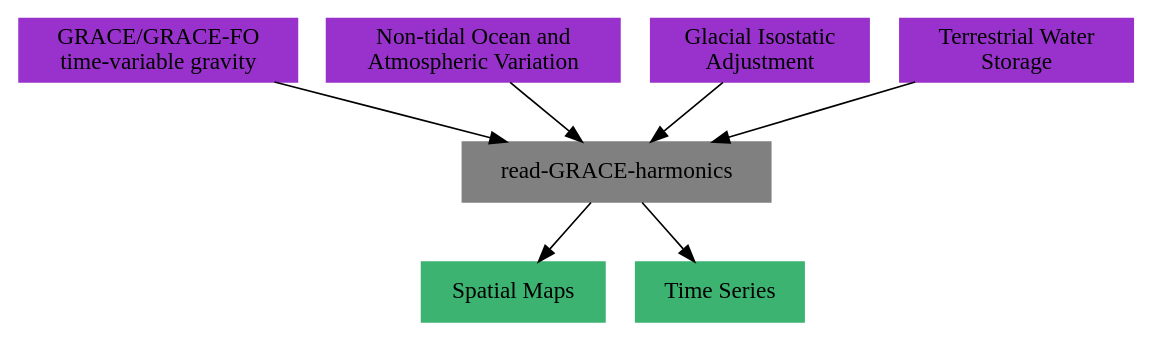
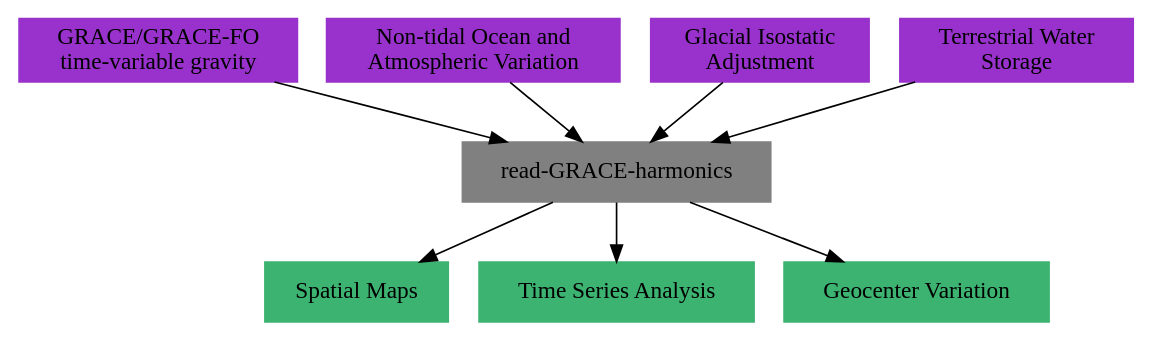
One commit to tsutterley/gravity-toolkit changed the diagram in doc/source/getting_started/Background.rst. Above: the diagram before and after it, drawn with Graphviz. The commit also changed other lines of this file and 28 other files, not shown here.

```diff
--- a/doc/source/getting_started/Background.rst
+++ b/doc/source/getting_started/Background.rst
@@ -18,19 +18,24 @@
 .. graphviz::
     :caption: Data Processing Framework
     :align: center
 
     digraph {
         G [label="GRACE/GRACE-FO\ntime-variable gravity" shape=box style="filled" color="darkorchid"]
         A [label="Non-tidal Ocean and\nAtmospheric Variation" shape=box style="filled" color="darkorchid"]
         I [label="Glacial Isostatic\nAdjustment" shape=box style="filled" color="darkorchid"]
         W [label="Terrestrial Water\nStorage" shape=box style="filled" color="darkorchid"]
         R [label="read-GRACE-harmonics" shape=box style="filled" color="gray"]
-        S [label="Spatial Maps" shape=box style="filled" color="mediumseagreen"]
-        T [label="Time Series" shape=box style="filled" color="mediumseagreen"]
+        S [label="Spatial Maps" shape=box style="filled" color="mediumseagreen"
+            URL="Spatial-Maps.html"]
+        T [label="Time Series Analysis" shape=box style="filled" color="mediumseagreen"
+            URL="Time-Series-Analysis.html"]
+        D [label="Geocenter Variation" shape=box style="filled" color="mediumseagreen"
+            URL="Geocenter-Variations.html"]
         G -> R
         A -> R
         I -> R
         W -> R
         R -> S
         R -> T
+        R -> D
     }
```
